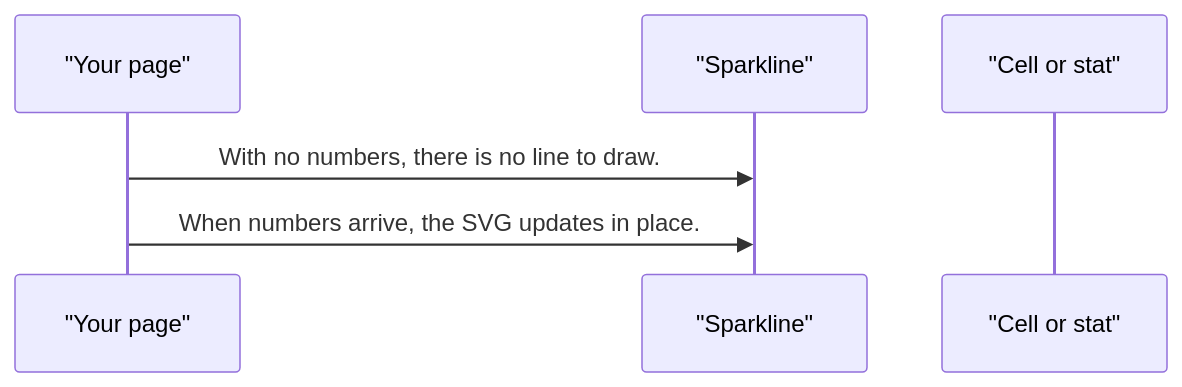
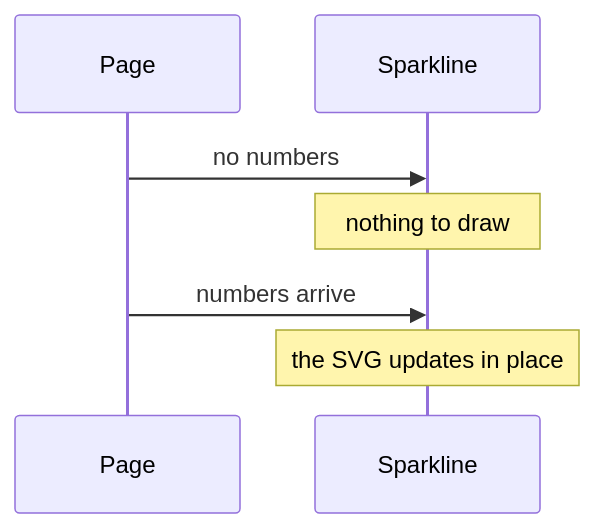
The third of 3 diagrams in projects/pixel-ui/src/lib/pixel-chart-sparkline/DESIGN.md (RajshekharBorate/pixel-ui), drawn with Mermaid before and after one commit. The commit also changed other lines of this file and 73 other files, not shown here.

Commit message:
Explain who owns each value and what each flow does in every component and service design.

````diff
--- a/projects/pixel-ui/src/lib/pixel-chart-sparkline/DESIGN.md
+++ b/projects/pixel-ui/src/lib/pixel-chart-sparkline/DESIGN.md
@@ -54,8 +73,9 @@
 ```mermaid
 sequenceDiagram
-  participant page as "Your page"
-  participant plot as "Sparkline"
-  participant cell as "Cell or stat"
-  page->>plot: With no numbers, there is no line to draw.
-  page->>plot: When numbers arrive, the SVG updates in place.
+  participant Page
+  participant Plot as Sparkline
+  Page->>Plot: no numbers
+  Note over Plot: nothing to draw
+  Page->>Plot: numbers arrive
+  Note over Plot: the SVG updates in place
 ```
````
